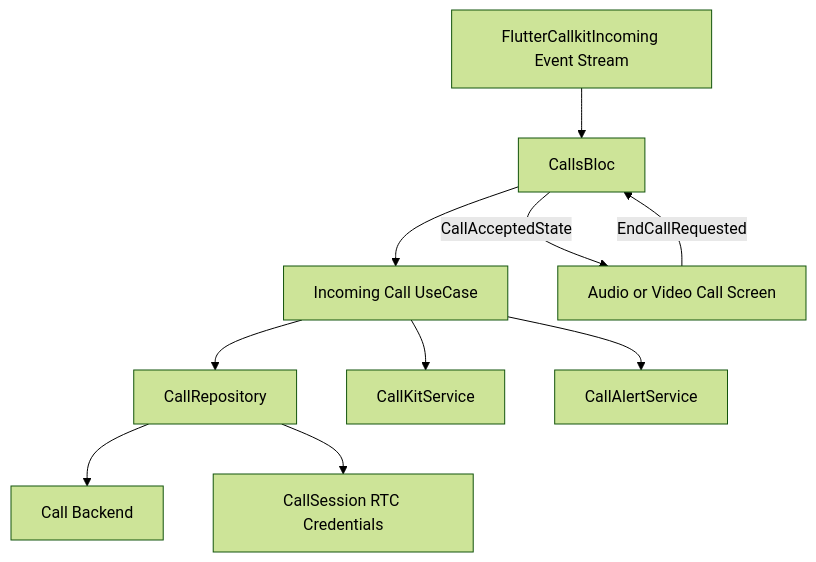
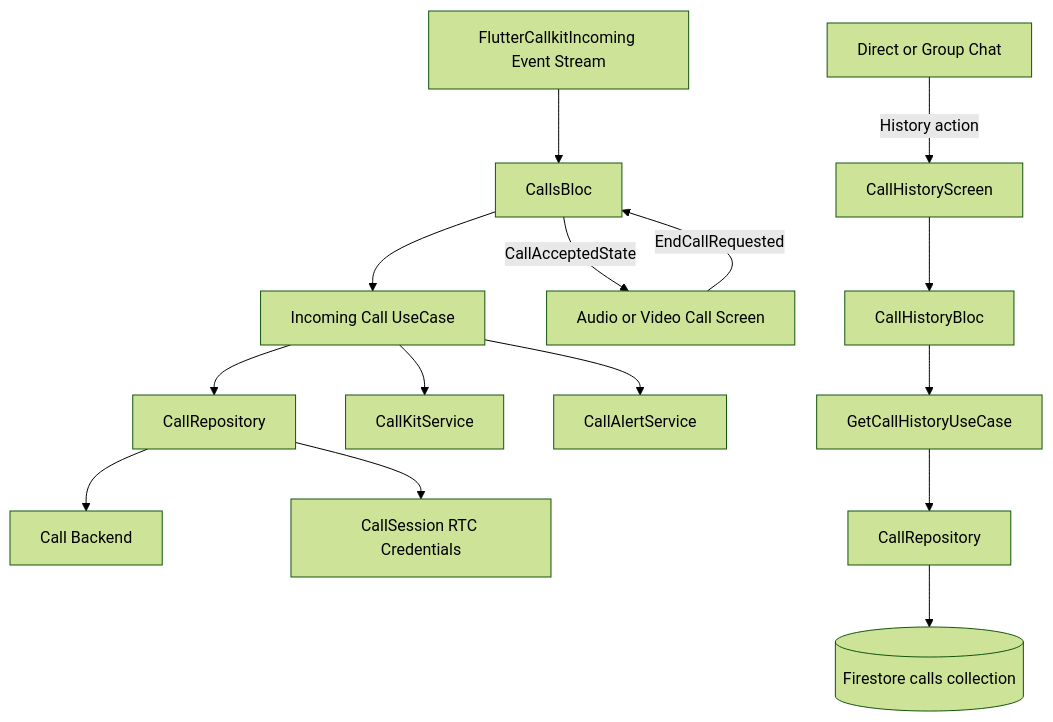
The diagram in docs/features/calls.md (jeksonshar/CollabTasks), drawn with Mermaid (forest theme) before and after one commit. The commit also changed other lines of this file and 23 other files, not shown here.

Commit message:
CT-37: implemented calls history, added localization, changed firestore rules

````diff
--- a/docs/features/calls.md
+++ b/docs/features/calls.md
@@ -156,12 +174,17 @@
 ```mermaid
 graph TD
     Native[FlutterCallkitIncoming Event Stream] --> Bloc[CallsBloc]
     Bloc --> UC[Incoming Call UseCase]
     UC --> Repo[CallRepository]
     Repo --> Backend[Call Backend]
     UC --> Kit[CallKitService]
     UC --> Alert[CallAlertService]
     Repo --> Session[CallSession RTC Credentials]
     Bloc -->|CallAcceptedState| Screen[Audio or Video Call Screen]
     Screen -->|EndCallRequested| Bloc
+    Chat[Direct or Group Chat] -->|History action| HistoryScreen[CallHistoryScreen]
+    HistoryScreen --> HistoryBloc[CallHistoryBloc]
+    HistoryBloc --> HistoryUC[GetCallHistoryUseCase]
+    HistoryUC --> CallRepo[CallRepository]
+    CallRepo --> CallsCollection[(Firestore calls collection)]
 ```
````
